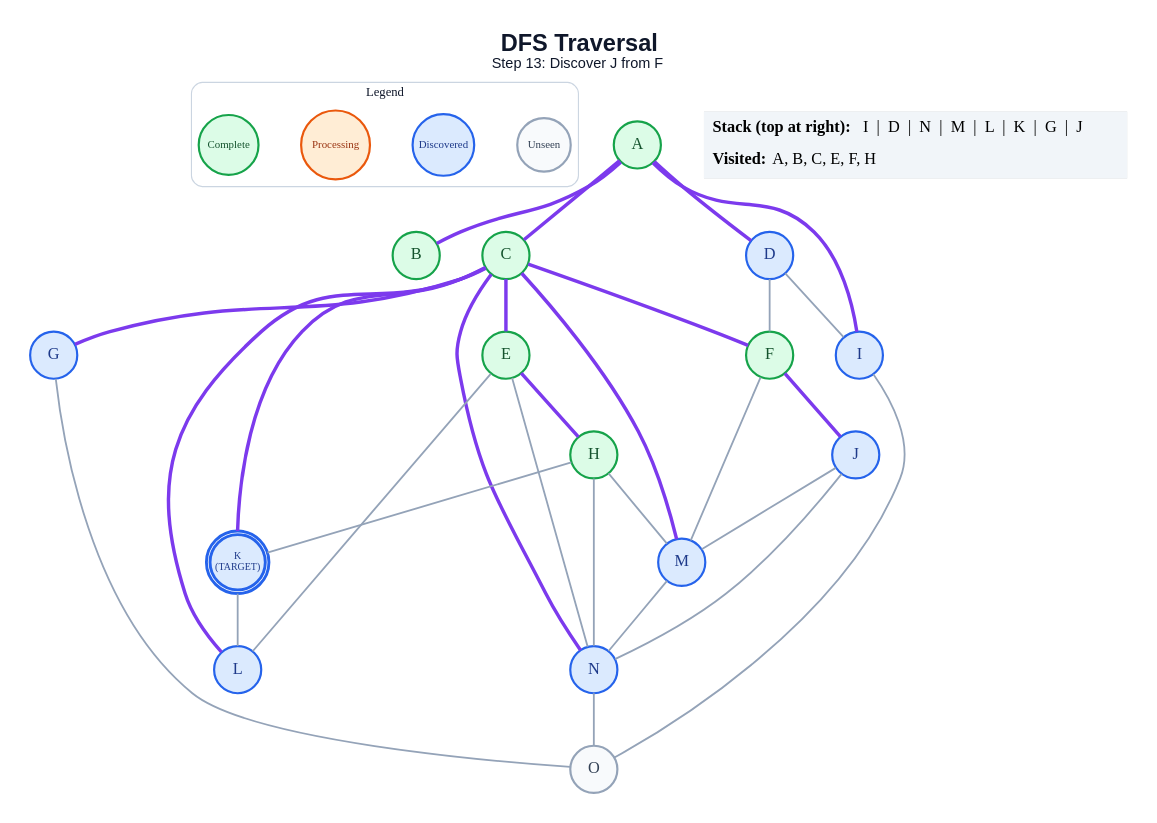
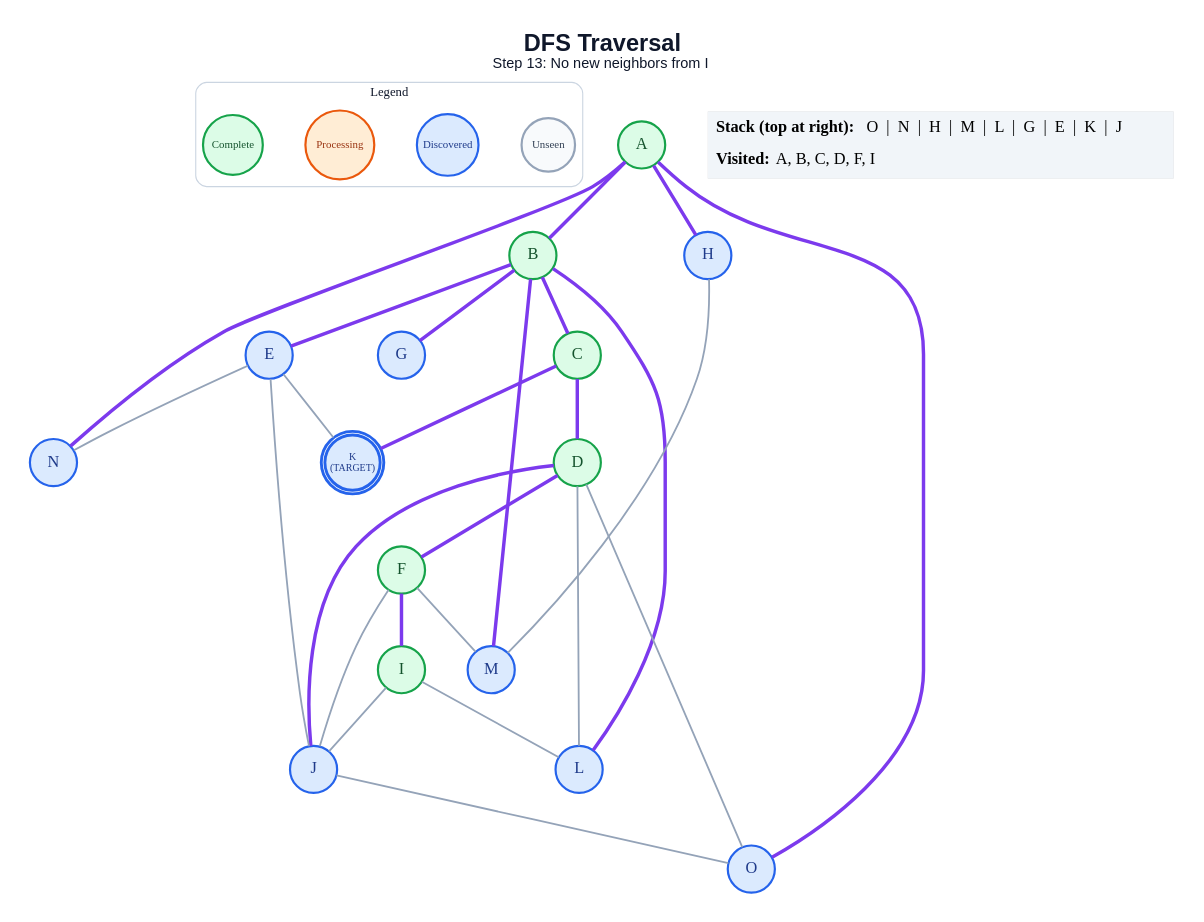
Before and after one commit to anon7238593-create/ai-slop: the diagram in generated/dfs/step_13.dot, drawn with Graphviz. The commit also changed 248 other files, not shown here.

```diff
--- a/generated/dfs/step_13.dot
+++ b/generated/dfs/step_13.dot
@@ -1,62 +1,59 @@
 graph traversal {
   graph [layout=dot, rankdir=TB, bgcolor="#FFFFFF", pad="0.35", nodesep="0.65", ranksep="0.8", fontname="Arial"];
   node [shape=circle, style="filled", fontname="Arial Bold", fontsize=18, width=0.72, fixedsize=true, penwidth=2.4];
   edge [color="#94A3B8", penwidth=2.0];
-  label=<<B>DFS Traversal</B><BR/><FONT POINT-SIZE="16">Step 13: Discover J from F</FONT>>; labelloc="t"; fontsize=26; fontname="Arial"; fontcolor="#0F172A";
+  label=<<B>DFS Traversal</B><BR/><FONT POINT-SIZE="16">Step 13: No new neighbors from I</FONT>>; labelloc="t"; fontsize=26; fontname="Arial"; fontcolor="#0F172A";
   subgraph cluster_legend { label="Legend"; color="#CBD5E1"; penwidth=1.2; style="rounded"; fontsize=14; fontname="Arial Bold";
     key_unseen [label="Unseen", fillcolor="#F8FAFC", color="#94A3B8", fontcolor="#334155", fontsize=12, width=0.82];
     key_frontier [label="Discovered", fillcolor="#DBEAFE", color="#2563EB", fontcolor="#1E3A8A", fontsize=12, width=0.95];
     key_current [label="Processing", fillcolor="#FFEDD5", color="#EA580C", fontcolor="#9A3412", fontsize=12, width=1.05];
     key_done [label="Complete", fillcolor="#DCFCE7", color="#16A34A", fontcolor="#14532D", fontsize=12, width=0.92];
     { rank=same; key_unseen; key_frontier; key_current; key_done; }
   }
   A [label="A", fillcolor="#DCFCE7", color="#16A34A", fontcolor="#14532D", peripheries=1, penwidth=2.4];
   B [label="B", fillcolor="#DCFCE7", color="#16A34A", fontcolor="#14532D", peripheries=1, penwidth=2.4];
   C [label="C", fillcolor="#DCFCE7", color="#16A34A", fontcolor="#14532D", peripheries=1, penwidth=2.4];
-  D [label="D", fillcolor="#DBEAFE", color="#2563EB", fontcolor="#1E3A8A", peripheries=1, penwidth=2.4];
-  E [label="E", fillcolor="#DCFCE7", color="#16A34A", fontcolor="#14532D", peripheries=1, penwidth=2.4];
+  D [label="D", fillcolor="#DCFCE7", color="#16A34A", fontcolor="#14532D", peripheries=1, penwidth=2.4];
+  E [label="E", fillcolor="#DBEAFE", color="#2563EB", fontcolor="#1E3A8A", peripheries=1, penwidth=2.4];
   F [label="F", fillcolor="#DCFCE7", color="#16A34A", fontcolor="#14532D", peripheries=1, penwidth=2.4];
   G [label="G", fillcolor="#DBEAFE", color="#2563EB", fontcolor="#1E3A8A", peripheries=1, penwidth=2.4];
-  H [label="H", fillcolor="#DCFCE7", color="#16A34A", fontcolor="#14532D", peripheries=1, penwidth=2.4];
-  I [label="I", fillcolor="#DBEAFE", color="#2563EB", fontcolor="#1E3A8A", peripheries=1, penwidth=2.4];
+  H [label="H", fillcolor="#DBEAFE", color="#2563EB", fontcolor="#1E3A8A", peripheries=1, penwidth=2.4];
+  I [label="I", fillcolor="#DCFCE7", color="#16A34A", fontcolor="#14532D", peripheries=1, penwidth=2.4];
   J [label="J", fillcolor="#DBEAFE", color="#2563EB", fontcolor="#1E3A8A", peripheries=1, penwidth=2.4];
   K [label="K\n(TARGET)", fillcolor="#DBEAFE", color="#2563EB", fontcolor="#1E3A8A", peripheries=2, penwidth=3.2, fontsize=11, width=0.85, height=0.85];
   L [label="L", fillcolor="#DBEAFE", color="#2563EB", fontcolor="#1E3A8A", peripheries=1, penwidth=2.4];
   M [label="M", fillcolor="#DBEAFE", color="#2563EB", fontcolor="#1E3A8A", peripheries=1, penwidth=2.4];
   N [label="N", fillcolor="#DBEAFE", color="#2563EB", fontcolor="#1E3A8A", peripheries=1, penwidth=2.4];
-  O [label="O", fillcolor="#F8FAFC", color="#94A3B8", fontcolor="#334155", peripheries=1, penwidth=2.4];
+  O [label="O", fillcolor="#DBEAFE", color="#2563EB", fontcolor="#1E3A8A", peripheries=1, penwidth=2.4];
   A -- B [color="#7C3AED", penwidth=3.8];
-  A -- C [color="#7C3AED", penwidth=3.8];
-  A -- D [color="#7C3AED", penwidth=3.8];
-  A -- I [color="#7C3AED", penwidth=3.8];
-  C -- E [color="#7C3AED", penwidth=3.8];
-  C -- F [color="#7C3AED", penwidth=3.8];
-  C -- G [color="#7C3AED", penwidth=3.8];
+  A -- H [color="#7C3AED", penwidth=3.8];
+  A -- N [color="#7C3AED", penwidth=3.8];
+  A -- O [color="#7C3AED", penwidth=3.8];
+  B -- C [color="#7C3AED", penwidth=3.8];
+  B -- E [color="#7C3AED", penwidth=3.8];
+  B -- G [color="#7C3AED", penwidth=3.8];
+  B -- L [color="#7C3AED", penwidth=3.8];
+  B -- M [color="#7C3AED", penwidth=3.8];
+  C -- D [color="#7C3AED", penwidth=3.8];
   C -- K [color="#7C3AED", penwidth=3.8];
-  C -- L [color="#7C3AED", penwidth=3.8];
-  C -- M [color="#7C3AED", penwidth=3.8];
-  C -- N [color="#7C3AED", penwidth=3.8];
-  D -- F;
-  D -- I;
-  E -- H [color="#7C3AED", penwidth=3.8];
-  E -- L;
+  D -- F [color="#7C3AED", penwidth=3.8];
+  D -- J [color="#7C3AED", penwidth=3.8];
+  D -- L;
+  D -- O;
+  E -- J;
+  E -- K;
   E -- N;
-  F -- J [color="#7C3AED", penwidth=3.8];
+  F -- I [color="#7C3AED", penwidth=3.8];
+  F -- J;
   F -- M;
-  G -- O;
-  H -- K;
   H -- M;
-  H -- N;
-  I -- O;
-  J -- M;
-  J -- N;
-  K -- L;
-  M -- N;
-  N -- O;
+  I -- J;
+  I -- L;
+  J -- O;
   status [shape=plain, fixedsize=false, width=0, height=0, margin=0, label=<
     <TABLE BORDER="0" CELLBORDER="0" CELLPADDING="7" BGCOLOR="#F1F5F9">
-      <TR><TD ALIGN="LEFT"><B>Stack (top at right):</B> I  |  D  |  N  |  M  |  L  |  K  |  G  |  J</TD></TR>
-      <TR><TD ALIGN="LEFT"><B>Visited:</B> A, B, C, E, F, H</TD></TR>
+      <TR><TD ALIGN="LEFT"><B>Stack (top at right):</B> O  |  N  |  H  |  M  |  L  |  G  |  E  |  K  |  J</TD></TR>
+      <TR><TD ALIGN="LEFT"><B>Visited:</B> A, B, C, D, F, I</TD></TR>
     </TABLE>
   >];
 }
```
